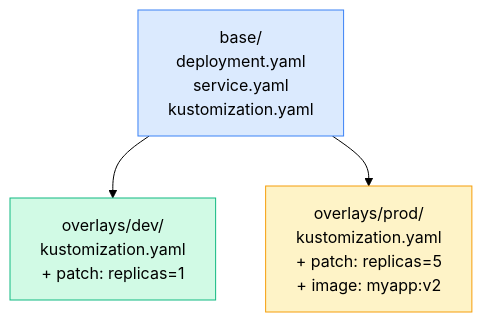
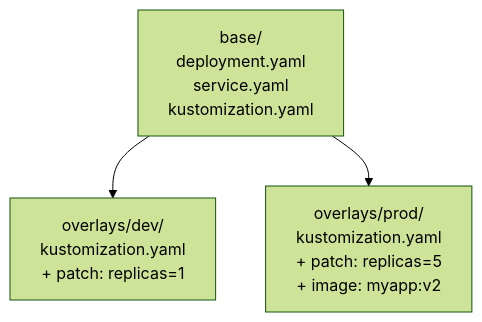
The second of 2 diagrams in content/cka/16-advanced-kubectl-jsonpath-kustomize-server-side-apply/overview/overview.md (Gautam4424/k8slearn-content), drawn with Mermaid (forest theme) before and after one commit. The commit also changed other lines of this file and 40 other files, not shown here.

Commit message:
chore: fix mermaid style regex

````diff
--- a/content/cka/16-advanced-kubectl-jsonpath-kustomize-server-side-apply/overview/overview.md
+++ b/content/cka/16-advanced-kubectl-jsonpath-kustomize-server-side-apply/overview/overview.md
@@ -285,12 +283,8 @@
 ```mermaid
 graph TD
     BASE["base/\ndeployment.yaml\nservice.yaml\nkustomization.yaml"]
     DEV["overlays/dev/\nkustomization.yaml\n+ patch: replicas=1"]
     PROD["overlays/prod/\nkustomization.yaml\n+ patch: replicas=5\n+ image: myapp:v2"]
 
     BASE --> DEV & PROD
-
-    style BASE fill:#dbeafe,stroke:#3b82f6
-    style DEV fill:#d1fae5,stroke:#10b981
-    style PROD fill:#fef3c7,stroke:#f59e0b
 ```
````
